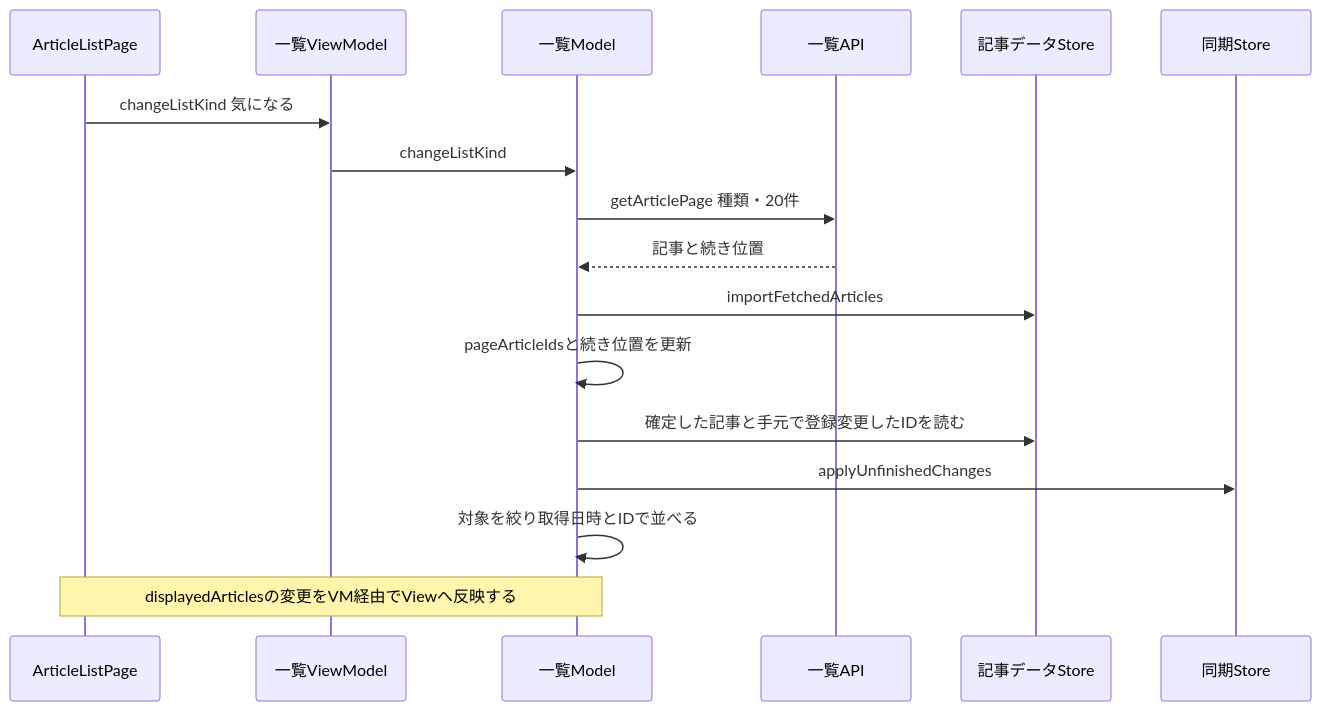
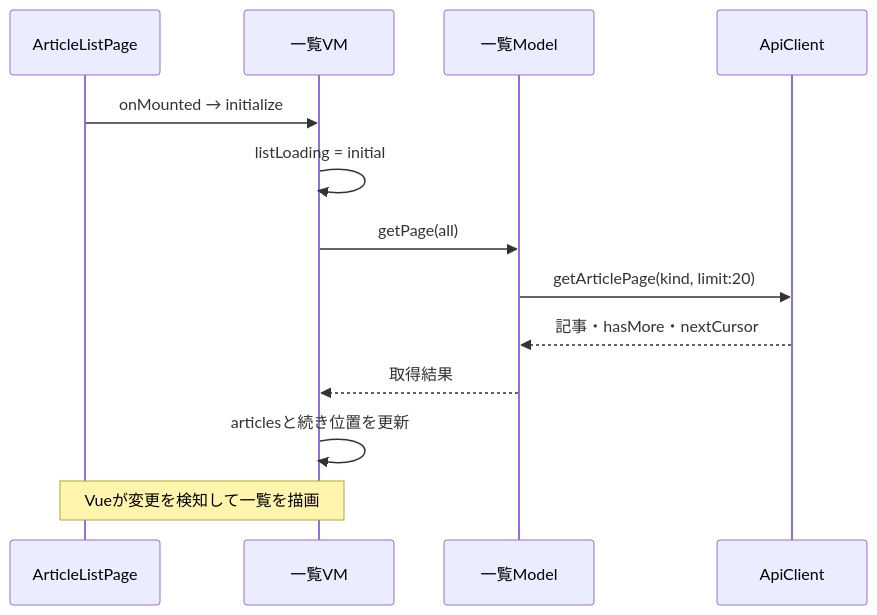
Before and after one commit to BeppuKanato/it-discovery: the second of 4 diagrams in docs/frontend-architecture.md, drawn with Mermaid. The commit also changed other lines of this file and 9 other files, not shown here.

````diff
--- a/docs/frontend-architecture.md
+++ b/docs/frontend-architecture.md
@@ -100,19 +61,15 @@
 ```mermaid
 sequenceDiagram
   participant P as ArticleListPage
-  participant VM as 一覧ViewModel
-  participant L as 一覧Model
-  participant API as 一覧API
-  participant D as 記事データStore
-  participant C as 同期Store
-  P->>VM: changeListKind 気になる
-  VM->>L: changeListKind
-  L->>API: getArticlePage 種類・20件
-  API-->>L: 記事と続き位置
-  L->>D: importFetchedArticles
-  L->>L: pageArticleIdsと続き位置を更新
-  L->>D: 確定した記事と手元で登録変更したIDを読む
-  L->>C: applyUnfinishedChanges
-  L->>L: 対象を絞り取得日時とIDで並べる
-  Note over P,L: displayedArticlesの変更をVM経由でViewへ反映する
+  participant VM as 一覧VM
+  participant M as 一覧Model
+  participant API as ApiClient
+  P->>VM: onMounted → initialize
+  VM->>VM: listLoading = initial
+  VM->>M: getPage(all)
+  M->>API: getArticlePage(kind, limit:20)
+  API-->>M: 記事・hasMore・nextCursor
+  M-->>VM: 取得結果
+  VM->>VM: articlesと続き位置を更新
+  Note over P,VM: Vueが変更を検知して一覧を描画
 ```
````
